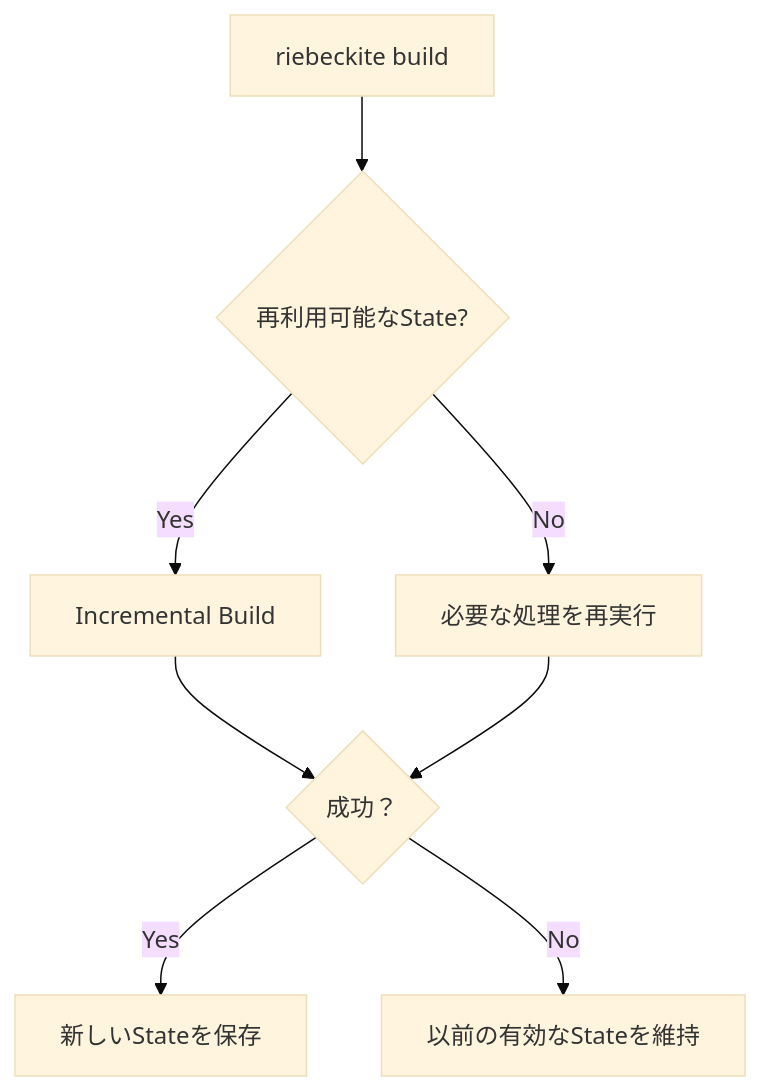
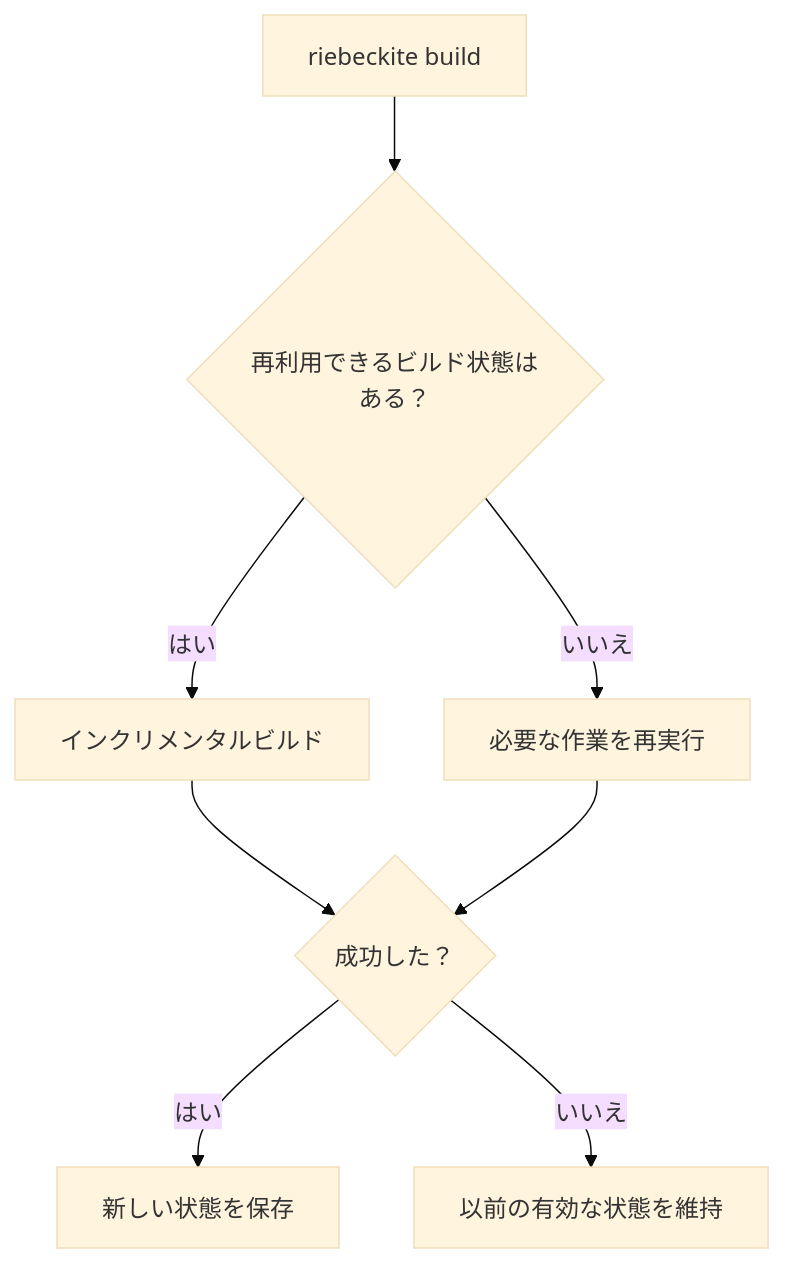
The fourth of 6 diagrams in docs/docs/reference/cli.ja.md (Rerurate514/riebeckite), drawn with Mermaid (base theme) before and after one commit. The commit also changed other lines of this file and 310 other files, not shown here.

````diff
--- a/docs/docs/reference/cli.ja.md
+++ b/docs/docs/reference/cli.ja.md
@@ -397,15 +327,15 @@
 ```mermaid id="l50vlh"
 flowchart TD
     Build["riebeckite build"]
-    State{"再利用可能なState?"}
+    State{"再利用できるビルド状態はある？"}
 
     Build --> State
-    State -->|Yes| Incremental["Incremental Build"]
-    State -->|No| Full["必要な処理を再実行"]
+    State -->|"はい"| Incremental["インクリメンタルビルド"]
+    State -->|"いいえ"| Full["必要な作業を再実行"]
 
-    Incremental --> Success{"成功？"}
+    Incremental --> Success{"成功した？"}
     Full --> Success
 
-    Success -->|Yes| Save["新しいStateを保存"]
-    Success -->|No| Keep["以前の有効なStateを維持"]
+    Success -->|"はい"| Save["新しい状態を保存"]
+    Success -->|"いいえ"| Keep["以前の有効な状態を維持"]
 ```
````
